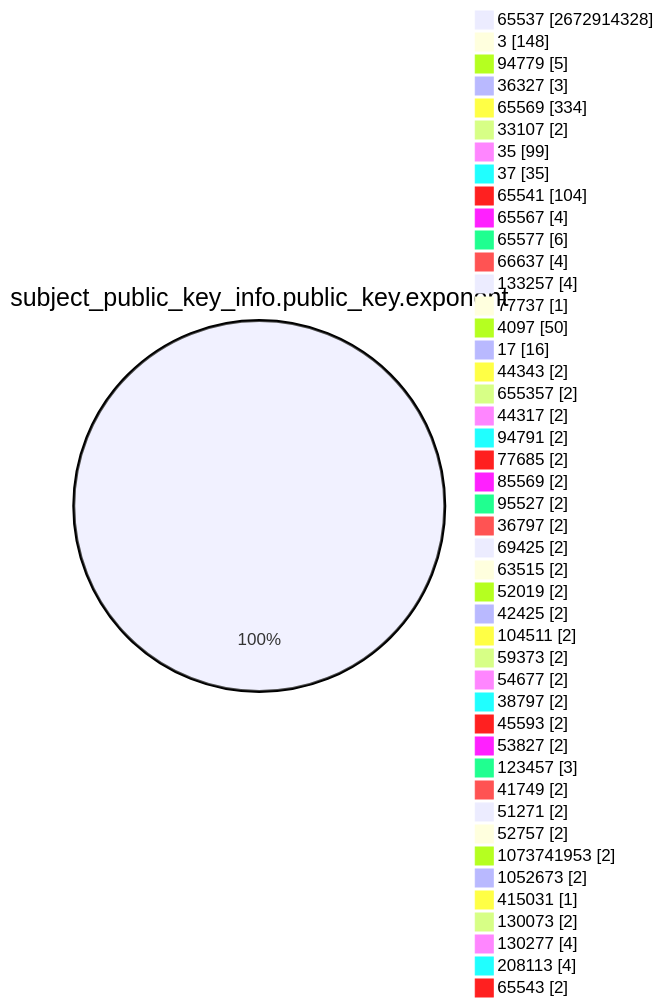
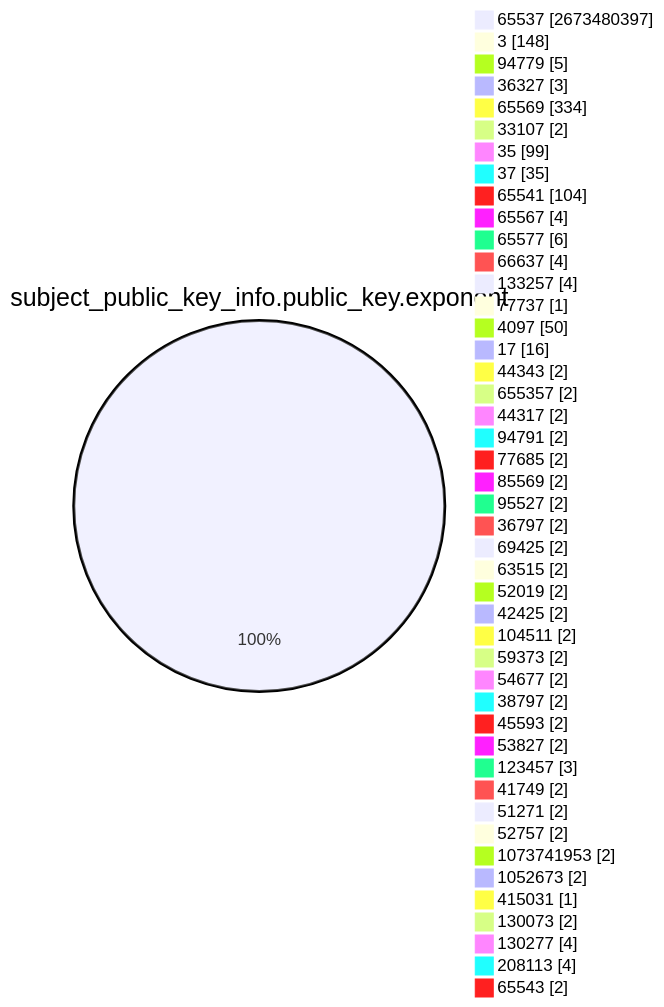
The fourth of 15 diagrams in TOTAL/README.md (christiankrug/ctmonitor_visualization), drawn with Mermaid before and after one commit. The commit also changed other lines of this file, not shown here.

````diff
--- a/TOTAL/README.md
+++ b/TOTAL/README.md
@@ -1467,49 +1467,49 @@
 ```mermaid
 pie showData
 title subject_public_key_info.public_key.exponent
-"65537" :2672914328
+"65537" :2673480397
 "3" :148
 "94779" :5
 "36327" :3
 "65569" :334
 "33107" :2
 "35" :99
 "37" :35
 "65541" :104
 "65567" :4
 "65577" :6
 "66637" :4
 "133257" :4
 "77737" :1
 "4097" :50
 "17" :16
 "44343" :2
 "655357" :2
 "44317" :2
 "94791" :2
 "77685" :2
 "85569" :2
 "95527" :2
 "36797" :2
 "69425" :2
 "63515" :2
 "52019" :2
 "42425" :2
 "104511" :2
 "59373" :2
 "54677" :2
 "38797" :2
 "45593" :2
 "53827" :2
 "123457" :3
 "41749" :2
 "51271" :2
 "52757" :2
 "1073741953" :2
 "1052673" :2
 "415031" :1
 "130073" :2
 "130277" :4
 "208113" :4
 "65543" :2
 ```
````
